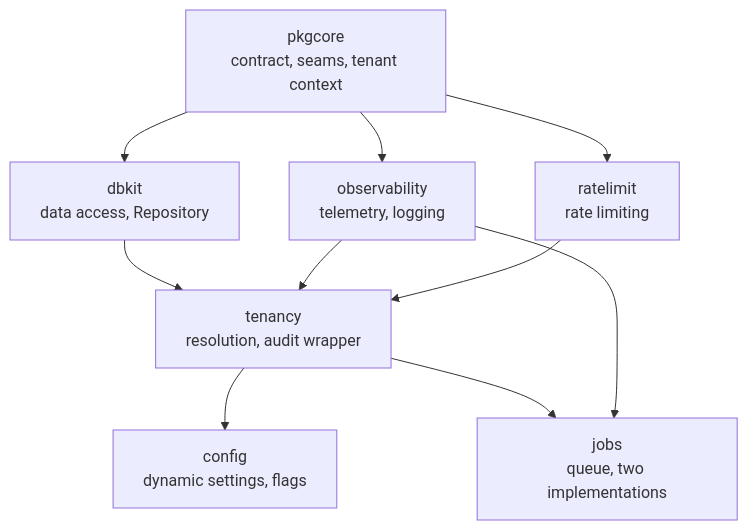
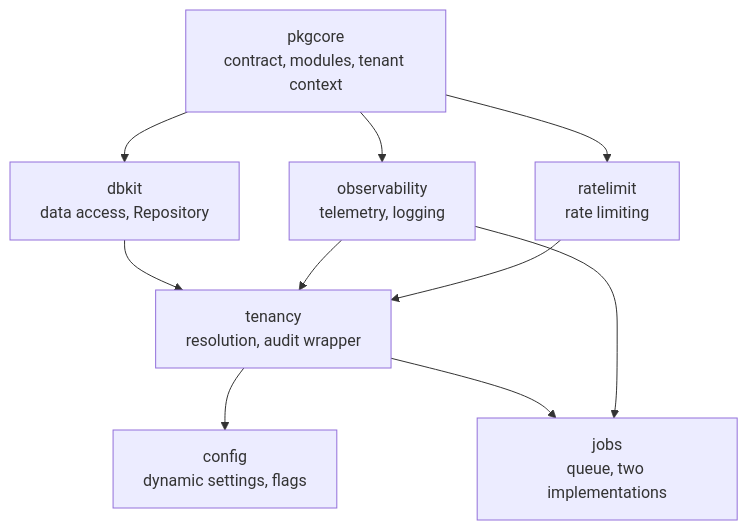
One commit to vislake/speed changed the diagram in docs/site/content.en/docs/developer-docs/modules/core/_index.md. Above: the diagram before and after it, drawn with Mermaid. The commit also changed other lines of this file and 71 other files, not shown here.

````diff
--- a/docs/site/content.en/docs/developer-docs/modules/core/_index.md
+++ b/docs/site/content.en/docs/developer-docs/modules/core/_index.md
@@ -39,12 +39,12 @@
 ```mermaid
 flowchart TB
-    PK["pkgcore<br/>contract, seams, tenant context"] --> DB["dbkit<br/>data access, Repository"]
+    PK["pkgcore<br/>contract, modules, tenant context"] --> DB["dbkit<br/>data access, Repository"]
     PK --> OB["observability<br/>telemetry, logging"]
     PK --> RL["ratelimit<br/>rate limiting"]
     DB --> TN["tenancy<br/>resolution, audit wrapper"]
     OB --> TN
     RL --> TN
     TN --> CF["config<br/>dynamic settings, flags"]
     TN --> JB["jobs<br/>queue, two implementations"]
     OB --> JB
 ```
````
